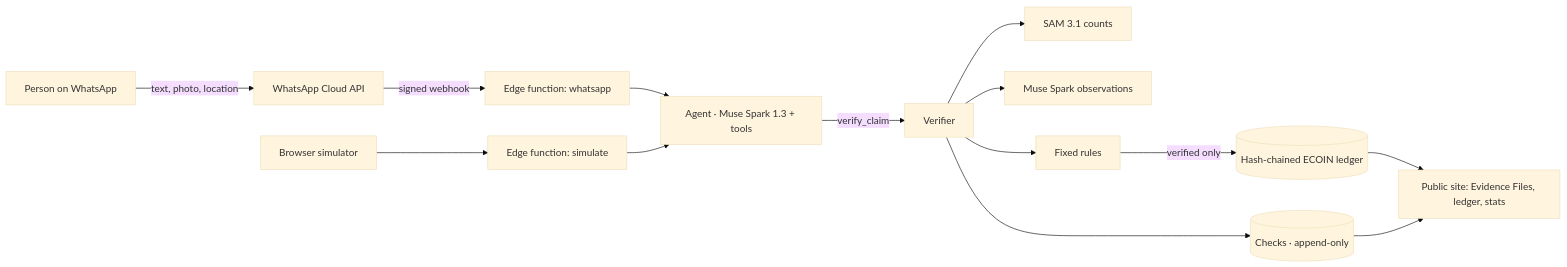
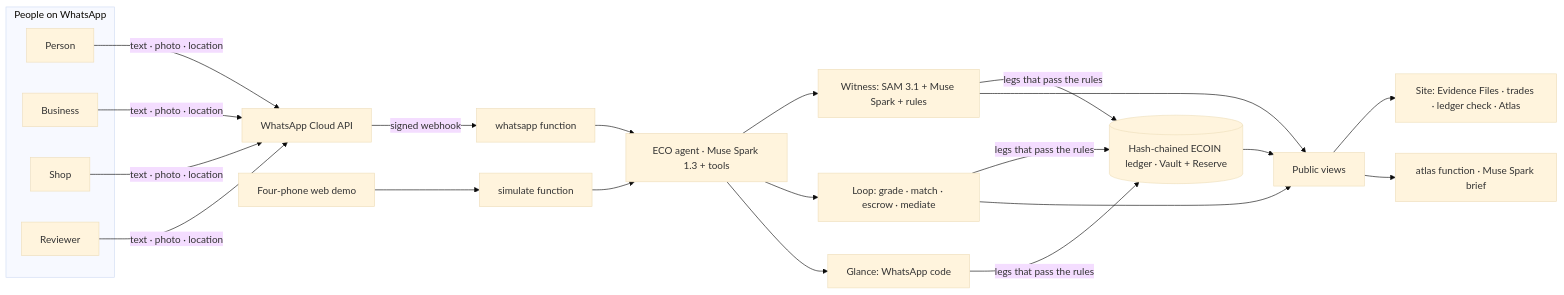
One commit to paulmalik431-ctrl/proof-of-planet changed the diagram in README.md. Above: the diagram before and after it, drawn with Mermaid (base theme). The commit also changed other lines of this file and 43 other files, not shown here.

First line of the commit message:
Proof of Planet: Witness, Loop, Glance, Atlas and Vault

````diff
--- a/README.md
+++ b/README.md
@@ -62,16 +79,17 @@
 ```mermaid
 flowchart LR
-  P[Person on WhatsApp] -->|text, photo, location| W[WhatsApp Cloud API]
-  W -->|signed webhook| F[Edge function: whatsapp]
-  S[Browser simulator] --> G[Edge function: simulate]
-  F --> A[Agent · Muse Spark 1.3 + tools]
-  G --> A
-  A -->|verify_claim| V[Verifier]
-  V --> SAM[SAM 3.1 counts]
-  V --> SP[Muse Spark observations]
-  V --> R[Fixed rules]
-  R -->|verified only| L[(Hash-chained ECOIN ledger)]
-  V --> C[(Checks · append-only)]
-  L --> WEB[Public site: Evidence Files, ledger, stats]
-  C --> WEB
+  subgraph People on WhatsApp
+    P[Person] & B[Business] & S[Shop] & R[Reviewer]
+  end
+  P & B & S & R -->|text · photo · location| W[WhatsApp Cloud API]
+  W -->|signed webhook| F[whatsapp function]
+  D[Four-phone web demo] --> G[simulate function]
+  F & G --> A[ECO agent · Muse Spark 1.3 + tools]
+  A --> WI[Witness: SAM 3.1 + Muse Spark + rules]
+  A --> LO[Loop: grade · match · escrow · mediate]
+  A --> GL[Glance: WhatsApp code]
+  WI & LO & GL -->|legs that pass the rules| L[(Hash-chained ECOIN ledger · Vault + Reserve)]
+  L & WI & LO --> V[Public views]
+  V --> WEB[Site: Evidence Files · trades · ledger check · Atlas]
+  V --> AT[atlas function · Muse Spark brief]
 ```
````
